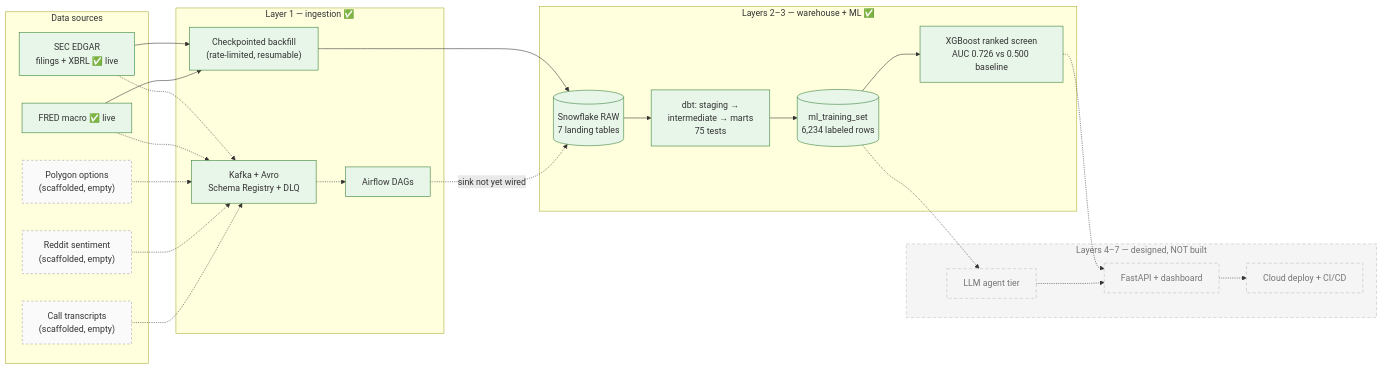
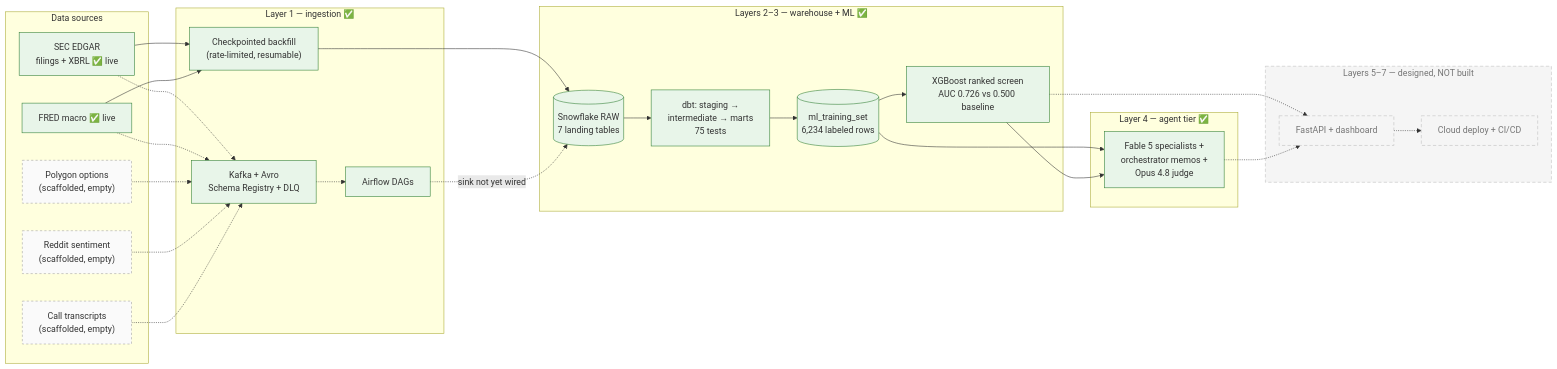
One commit to bhavyaupadhyayy/EDGAR-X changed the diagram in README.md. Above: the diagram before and after it, drawn with Mermaid. The commit also changed other lines of this file and 1 other file, not shown here.

Commit message:
Update README and case study: Layer 4 is built, not planned
The built-vs-planned table, architecture diagram, repo map, and tech
stack now reflect the completed agent tier (three attributed
specialists, Fable 5 orchestrator, Opus 4.8 judge; 5 companies, avg
judge scores 4.6/5/5/5) with a link to docs/sample_memos/README.md as
evidence. Layers 5-7 remain accurately marked as designed-not-built;
all other honest scoping (ex-Financials, 2-of-5 streams, ranked screen,
not deployed) is unchanged.

````diff
--- a/README.md
+++ b/README.md
@@ -28,50 +30,54 @@
 ```mermaid
 flowchart LR
     subgraph sources["Data sources"]
         EDGAR["SEC EDGAR<br/>filings + XBRL ✅ live"]
         FRED["FRED macro ✅ live"]
         OPT["Polygon options<br/>(scaffolded, empty)"]
         SENT["Reddit sentiment<br/>(scaffolded, empty)"]
         TRAN["Call transcripts<br/>(scaffolded, empty)"]
     end
 
     subgraph ingest["Layer 1 — ingestion ✅"]
         KAFKA["Kafka + Avro<br/>Schema Registry + DLQ"]
         AIRFLOW["Airflow DAGs"]
         BACKFILL["Checkpointed backfill<br/>(rate-limited, resumable)"]
     end
 
     subgraph warehouse["Layers 2–3 — warehouse + ML ✅"]
         RAW[("Snowflake RAW<br/>7 landing tables")]
         DBT["dbt: staging →<br/>intermediate → marts<br/>75 tests"]
         MLSET[("ml_training_set<br/>6,234 labeled rows")]
         XGB["XGBoost ranked screen<br/>AUC 0.726 vs 0.500 baseline"]
     end
 
-    subgraph planned["Layers 4–7 — designed, NOT built"]
-        AGENTS["LLM agent tier"]
+    subgraph agents_l4["Layer 4 — agent tier ✅"]
+        AGENTS["Fable 5 specialists +<br/>orchestrator memos +<br/>Opus 4.8 judge"]
+    end
+
+    subgraph planned["Layers 5–7 — designed, NOT built"]
         API["FastAPI + dashboard"]
         DEPLOY["Cloud deploy + CI/CD"]
     end
 
     EDGAR --> BACKFILL --> RAW
     FRED --> BACKFILL
     EDGAR -.-> KAFKA
     FRED -.-> KAFKA
     OPT -.-> KAFKA
     SENT -.-> KAFKA
     TRAN -.-> KAFKA
     KAFKA -.-> AIRFLOW
     AIRFLOW -. "sink not yet wired" .-> RAW
     RAW --> DBT --> MLSET --> XGB
-    MLSET -.-> AGENTS
+    MLSET --> AGENTS
+    XGB --> AGENTS
     XGB -.-> API
     AGENTS -.-> API -.-> DEPLOY
 
     classDef live fill:#e8f5e9,stroke:#2e7d32
     classDef empty fill:#fafafa,stroke:#9e9e9e,stroke-dasharray:4 4
     classDef future fill:#f5f5f5,stroke:#bdbdbd,stroke-dasharray:6 4,color:#757575
-    class EDGAR,FRED,KAFKA,AIRFLOW,BACKFILL,RAW,DBT,MLSET,XGB live
+    class EDGAR,FRED,KAFKA,AIRFLOW,BACKFILL,RAW,DBT,MLSET,XGB,AGENTS live
     class OPT,SENT,TRAN empty
-    class AGENTS,API,DEPLOY,planned future
+    class API,DEPLOY,planned future
 ```
````
